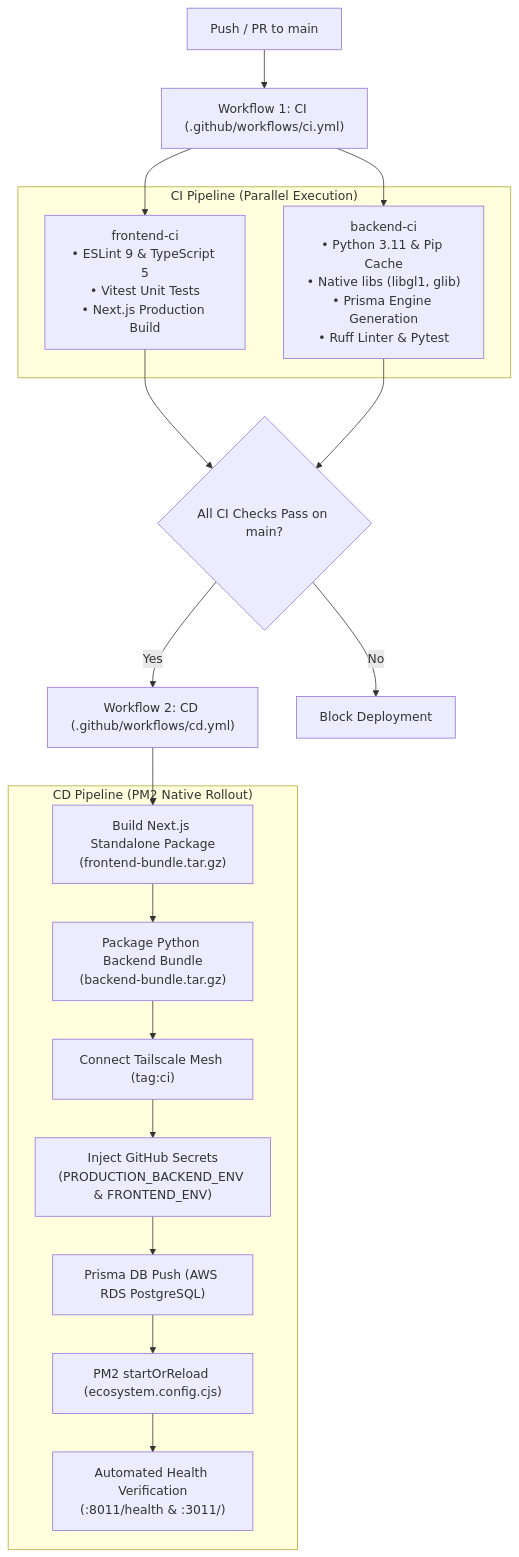
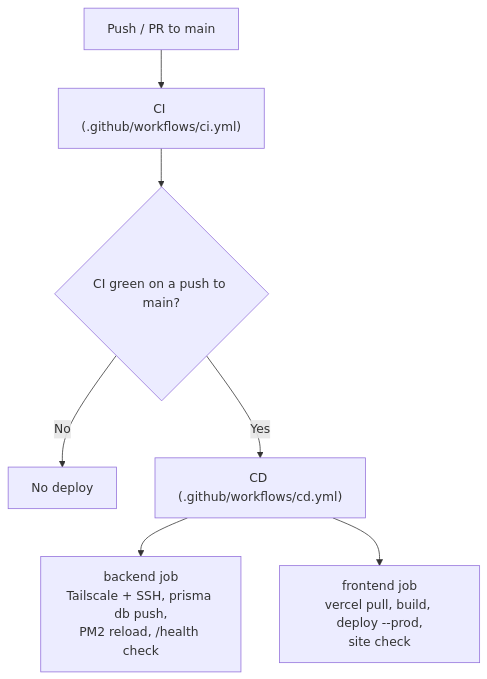
Before and after one commit to bytemapco/attandance: the diagram in docs/devops-ci-cd.md, drawn with Mermaid. The commit also changed other lines of this file and 5 other files, not shown here.

First line of the commit message:
chore(deploy): host the web app on Vercel, keep only the API on the server

````diff
--- a/docs/devops-ci-cd.md
+++ b/docs/devops-ci-cd.md
@@ -9,36 +12,9 @@
 ```mermaid
 flowchart TD
-    Push["Push / PR to main"] --> CI["Workflow 1: CI (.github/workflows/ci.yml)"]
-    
-    subgraph CI_Pipeline ["CI Pipeline (Parallel Execution)"]
-        FCheck["frontend-ci<br/>• ESLint 9 & TypeScript 5<br/>• Vitest Unit Tests<br/>• Next.js Production Build"]
-        BCheck["backend-ci<br/>• Python 3.11 & Pip Cache<br/>• Native libs (libgl1, glib)<br/>• Prisma Engine Generation<br/>• Ruff Linter & Pytest"]
-    end
-    
-    CI --> FCheck
-    CI --> BCheck
-    
-    FCheck --> Gate{"All CI Checks Pass on main?"}
-    BCheck --> Gate
-    
-    Gate -->|Yes| CD["Workflow 2: CD (.github/workflows/cd.yml)"]
-    Gate -->|No| Fail["Block Deployment"]
-    
-    subgraph CD_Pipeline ["CD Pipeline (PM2 Native Rollout)"]
-        BuildFE["Build Next.js Standalone Package<br/>(frontend-bundle.tar.gz)"]
-        PackageBE["Package Python Backend Bundle<br/>(backend-bundle.tar.gz)"]
-        Tailnet["Connect Tailscale Mesh (tag:ci)"]
-        InjectEnv["Inject GitHub Secrets<br/>(PRODUCTION_BACKEND_ENV & FRONTEND_ENV)"]
-        DBSync["Prisma DB Push (AWS RDS PostgreSQL)"]
-        DeployPM2["PM2 startOrReload (ecosystem.config.cjs)"]
-        HealthGate["Automated Health Verification<br/>(:8011/health & :3011/)"]
-    end
-    
-    CD --> BuildFE
-    BuildFE --> PackageBE
-    PackageBE --> Tailnet
-    Tailnet --> InjectEnv
-    InjectEnv --> DBSync
-    DBSync --> DeployPM2
-    DeployPM2 --> HealthGate
+    Push["Push / PR to main"] --> CI["CI (.github/workflows/ci.yml)"]
+    CI --> Gate{"CI green on a push to main?"}
+    Gate -->|No| Stop["No deploy"]
+    Gate -->|Yes| CD["CD (.github/workflows/cd.yml)"]
+    CD --> API["backend job<br/>Tailscale + SSH, prisma db push,<br/>PM2 reload, /health check"]
+    CD --> Web["frontend job<br/>vercel pull, build, deploy --prod,<br/>site check"]
 ```
````
